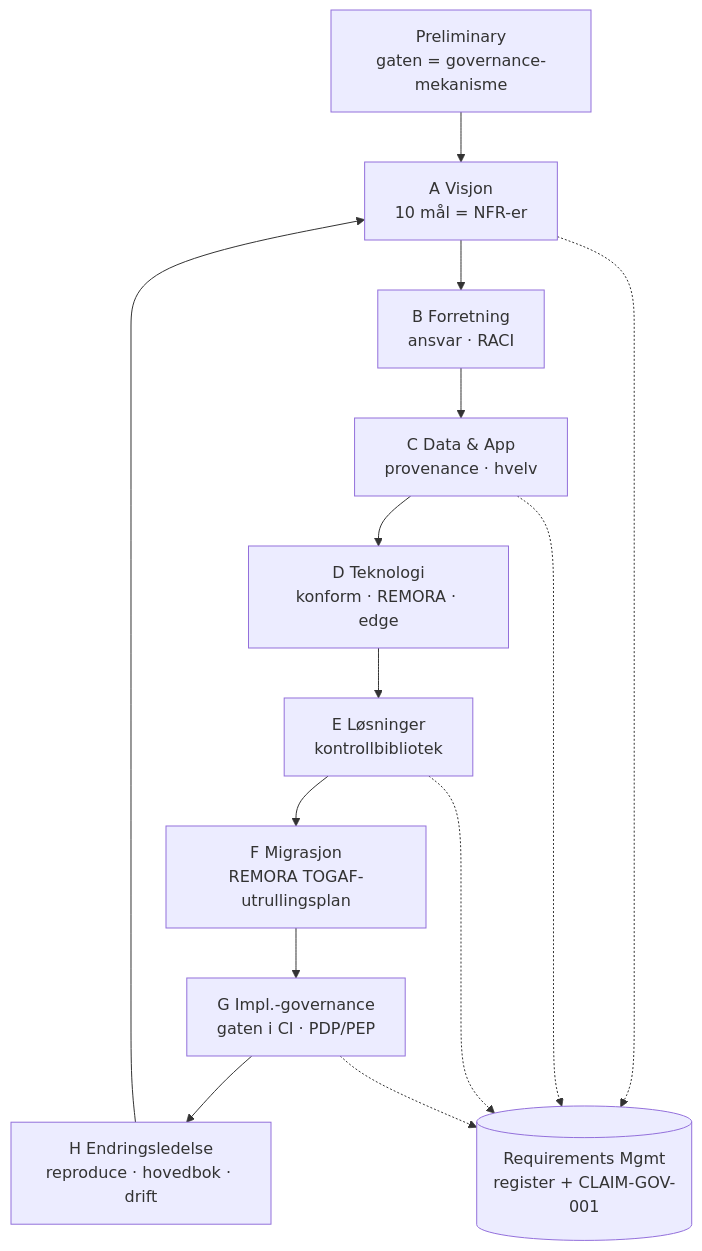
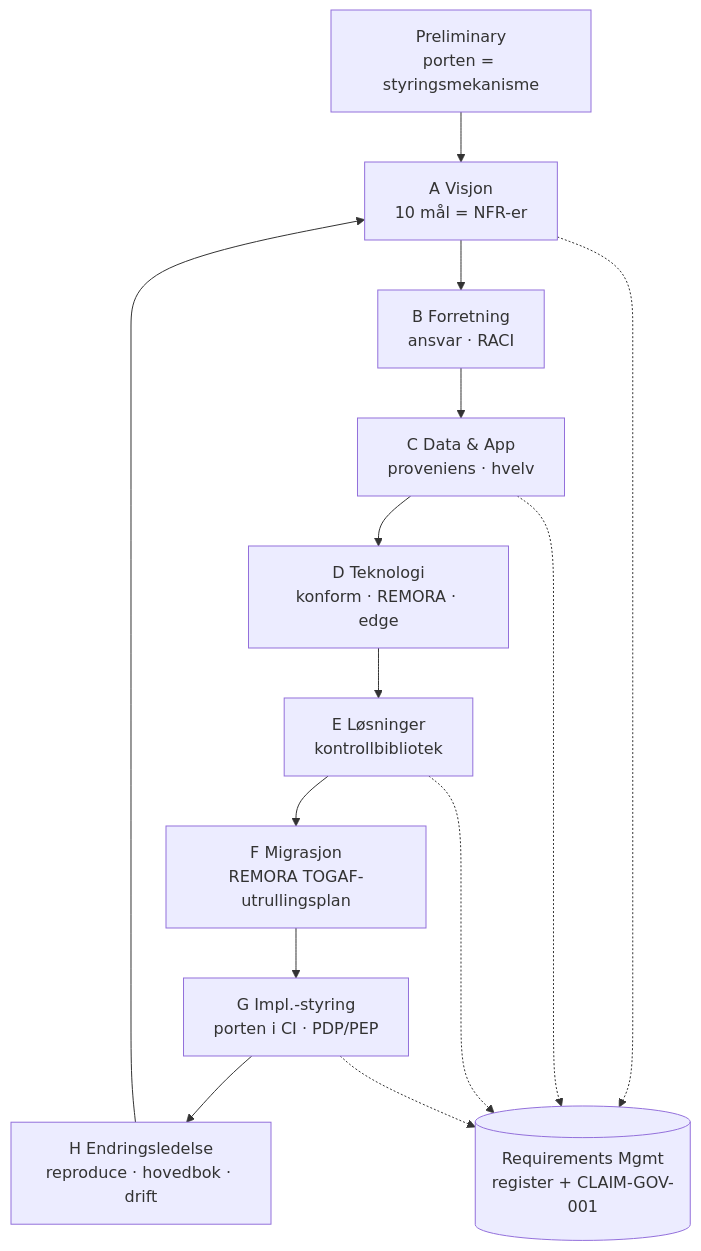
One commit to darklordVirtual/vericlaim changed diagram 12 of 20 in docs/governance/frontier-ai-governance-master_NO_nb.md. Above: the diagram before and after it, drawn with Mermaid. The commit also changed other lines of this file and 14 other files, not shown here.

````diff
--- a/docs/governance/frontier-ai-governance-master_NO_nb.md
+++ b/docs/governance/frontier-ai-governance-master_NO_nb.md
@@ -797,17 +797,17 @@
 ```mermaid
 flowchart TB
-    PRE[Preliminary<br/>gaten = governance-mekanisme] --> A
+    PRE[Preliminary<br/>porten = styringsmekanisme] --> A
     A[A Visjon<br/>10 mål = NFR-er] --> B
     B[B Forretning<br/>ansvar · RACI] --> C
-    C[C Data & App<br/>provenance · hvelv] --> D
+    C[C Data & App<br/>proveniens · hvelv] --> D
     D[D Teknologi<br/>konform · REMORA · edge] --> E
     E[E Løsninger<br/>kontrollbibliotek] --> F
     F[F Migrasjon<br/>REMORA TOGAF-utrullingsplan] --> G
-    G[G Impl.-governance<br/>gaten i CI · PDP/PEP] --> H
+    G[G Impl.-styring<br/>porten i CI · PDP/PEP] --> H
     H[H Endringsledelse<br/>reproduce · hovedbok · drift] --> A
     RM[(Requirements Mgmt<br/>register + CLAIM-GOV-001)]
     A -.-> RM
     C -.-> RM
     E -.-> RM
     G -.-> RM
 ```
````
